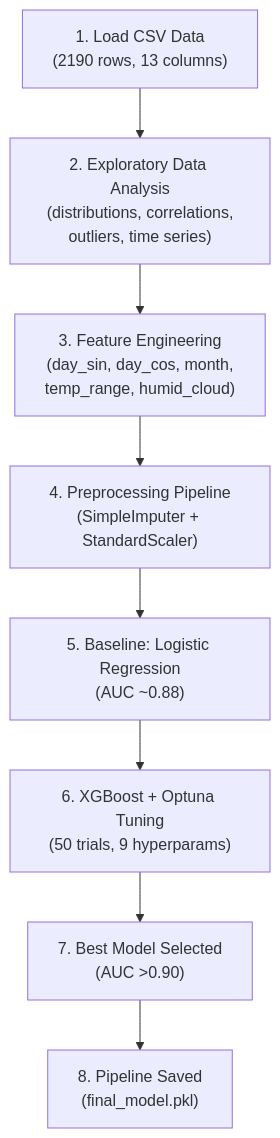
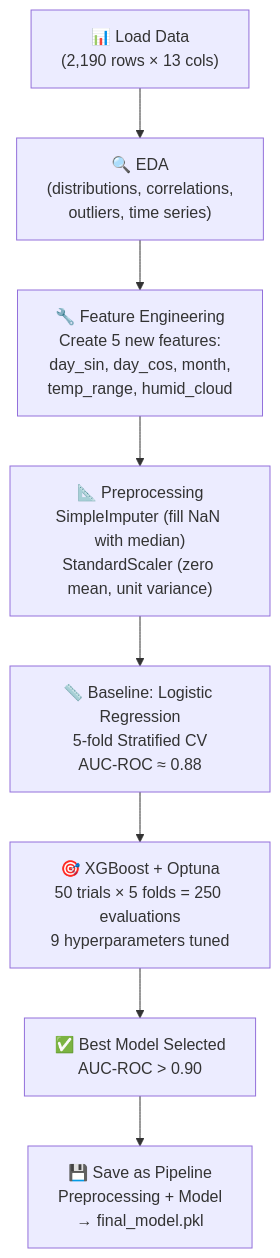
One commit to ayushsyntax/SkyCast changed the fifth of 7 diagrams in docs/PROJECT_WALKTHROUGH.md. Above: the diagram before and after it, drawn with Mermaid. The commit also changed other lines of this file and 1 other file, not shown here.

````diff
--- a/docs/PROJECT_WALKTHROUGH.md
+++ b/docs/PROJECT_WALKTHROUGH.md
@@ -512,10 +887,10 @@
 ```mermaid
 flowchart TD
-    A["1. Load CSV Data\n(2190 rows, 13 columns)"] --> B["2. Exploratory Data Analysis\n(distributions, correlations,\noutliers, time series)"]
-    B --> C["3. Feature Engineering\n(day_sin, day_cos, month,\ntemp_range, humid_cloud)"]
-    C --> D["4. Preprocessing Pipeline\n(SimpleImputer + StandardScaler)"]
-    D --> E["5. Baseline: Logistic Regression\n(AUC ~0.88)"]
-    E --> F["6. XGBoost + Optuna Tuning\n(50 trials, 9 hyperparams)"]
-    F --> G["7. Best Model Selected\n(AUC >0.90)"]
-    G --> H["8. Pipeline Saved\n(final_model.pkl)"]
+    A["📊 Load Data<br/>(2,190 rows × 13 cols)"] --> B["🔍 EDA<br/>(distributions, correlations,<br/>outliers, time series)"]
+    B --> C["🔧 Feature Engineering<br/>Create 5 new features:<br/>day_sin, day_cos, month,<br/>temp_range, humid_cloud"]
+    C --> D["📐 Preprocessing<br/>SimpleImputer (fill NaN with median)<br/>StandardScaler (zero mean, unit variance)"]
+    D --> E["📏 Baseline: Logistic Regression<br/>5-fold Stratified CV<br/>AUC-ROC ≈ 0.88"]
+    E --> F["🎯 XGBoost + Optuna<br/>50 trials × 5 folds = 250 evaluations<br/>9 hyperparameters tuned"]
+    F --> G["✅ Best Model Selected<br/>AUC-ROC > 0.90"]
+    G --> H["💾 Save as Pipeline<br/>Preprocessing + Model<br/>→ final_model.pkl"]
 ```
````
